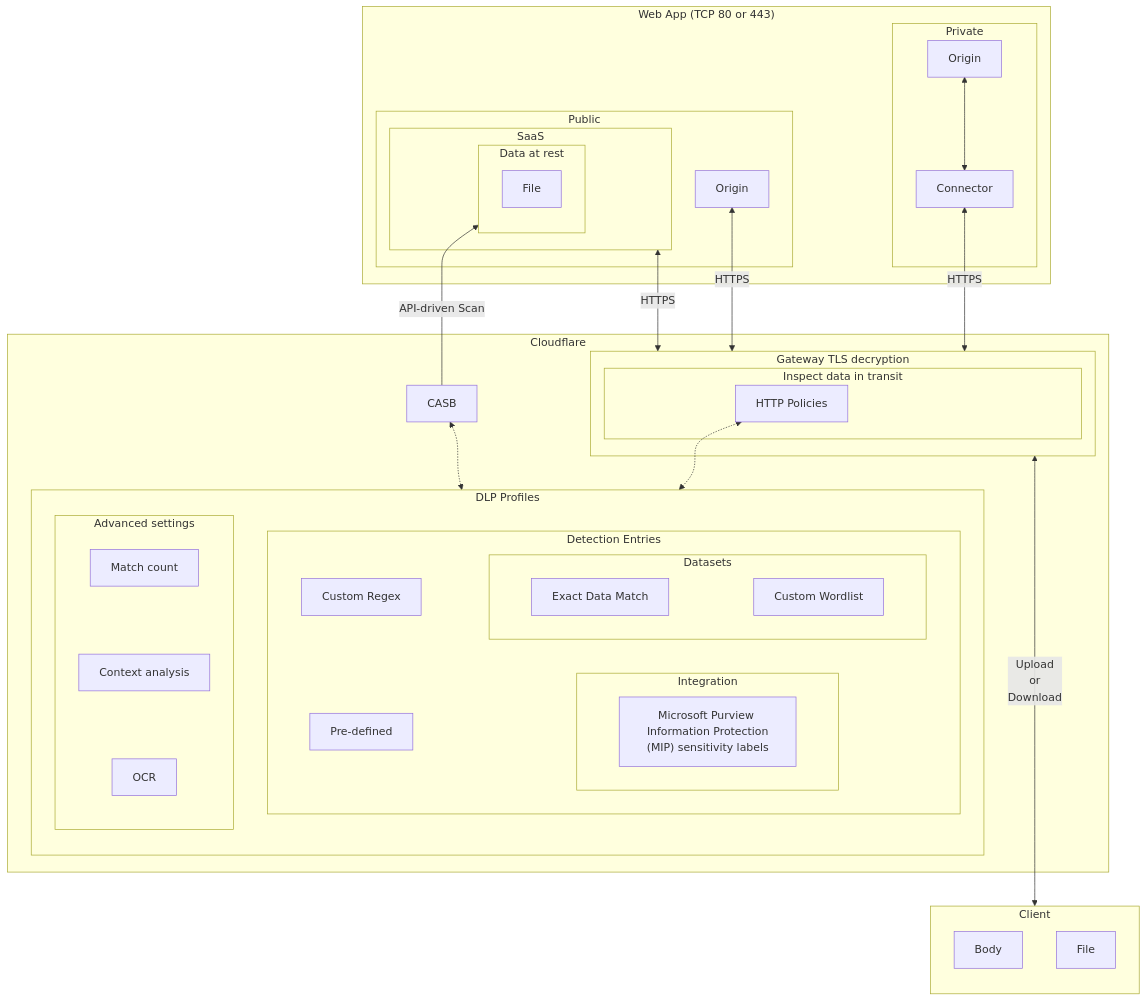
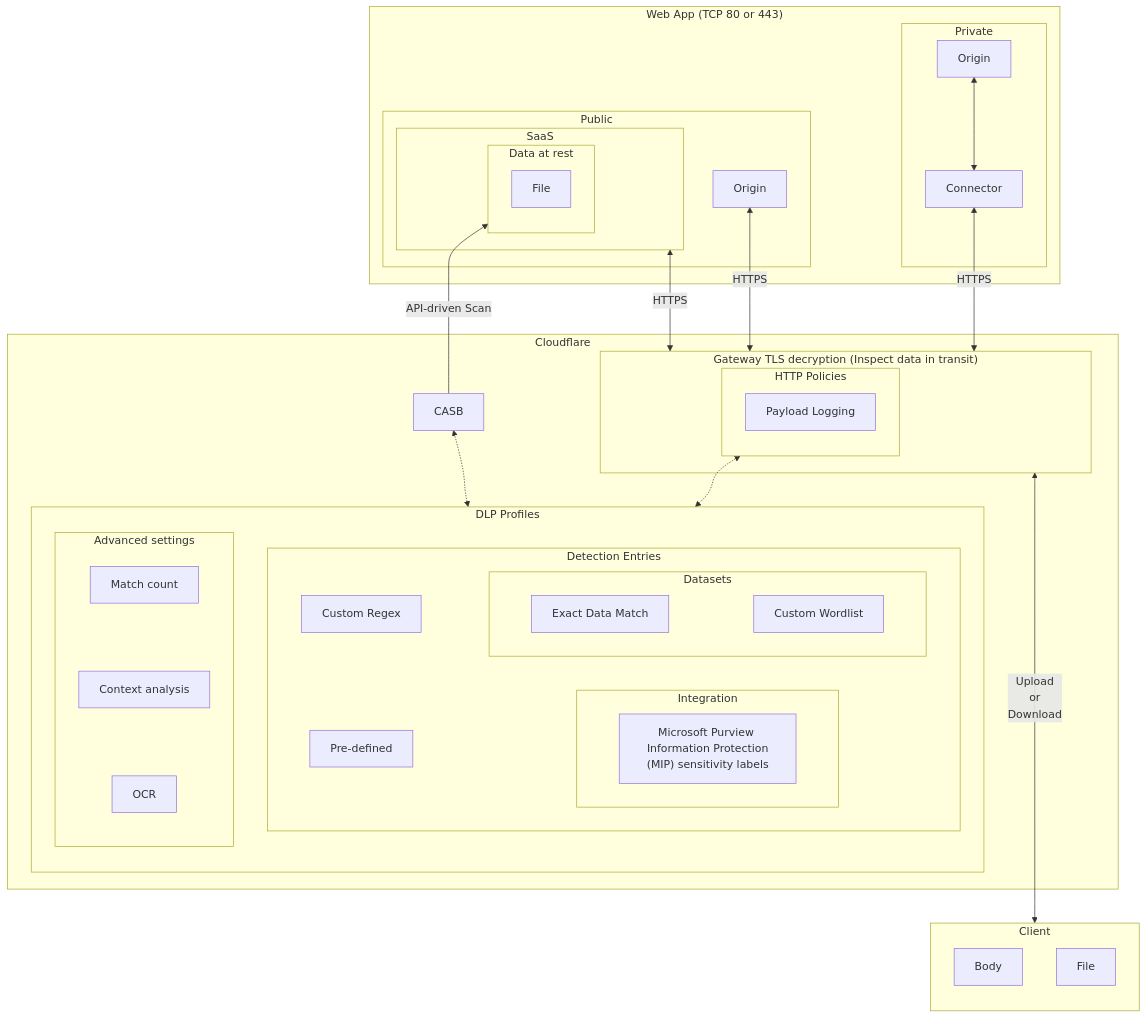
The diagram in zt-dlp-overview.md (kyouheicf/cloudflare-mermaid-diagrams), drawn with Mermaid before and after one commit.

````diff
--- a/zt-dlp-overview.md
+++ b/zt-dlp-overview.md
@@ -1,66 +1,68 @@
 ```mermaid
 graph BT
 
 subgraph Web ["Web App (TCP 80 or 443)"]
 subgraph Private
 Connector
 Intranet[Origin]
 end
 subgraph Public
 Internet[Origin]
 subgraph SaaS
 subgraph rest [Data at rest]
 SaaSFile[File]
 end
 end
 end
 end
 
 subgraph Client
 Body
 File
 end
 
 subgraph Cloudflare
-  subgraph Gateway [Gateway TLS decryption]
-    subgraph transit [Inspect data in transit]
-      HTTPPolicies[HTTP Policies]
-    end
+  subgraph Gateway ["Gateway TLS decryption (Inspect data in transit)"]
+    %%subgraph transit [Inspect data in transit]
+      subgraph HTTPPolicies["HTTP Policies"]
+        PayloadLogging[Payload Logging]
+      end
+    %%end
   end
   subgraph DLP [DLP Profiles]
     subgraph Entries [Detection Entries]
     direction LR
       Pre-defined
       CustomRegex[Custom Regex]
       Pre-defined ~~~ Integration
       CustomRegex ~~~ Datasets
       subgraph Integration
         MIP["Microsoft Purview Information Protection<br>(MIP) sensitivity labels"]
       end
       subgraph Datasets
       direction LR
         EDM[Exact Data Match]
         CWL[Custom Wordlist]
         EDM ~~~ CWL
       end
     end
     subgraph Config [Advanced settings]
     direction TB
       MatchCount[Match count]
       ContextAnalysis[Context analysis]
       OCR
       MatchCount ~~~ ContextAnalysis ~~~ OCR
     end
   end
   CASB
 end
 
 Client <---> |Upload<br>or<br>Download|Gateway
 Gateway <--> |HTTPS|Internet & SaaS
 Gateway <--> |HTTPS|Connector <--> Intranet
 CASB --> |API-driven Scan|rest
 DLP <-.-> HTTPPolicies
 DLP ~~~ CASB
 DLP <-.-> CASB
 DLP ~~~ CASB
 ```
````
